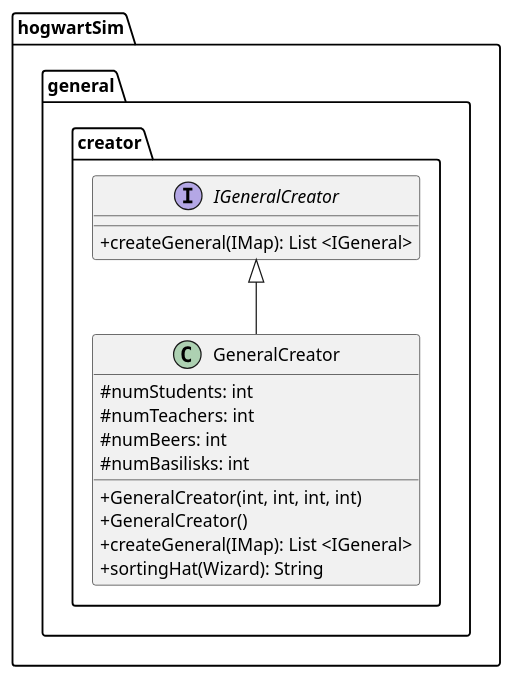
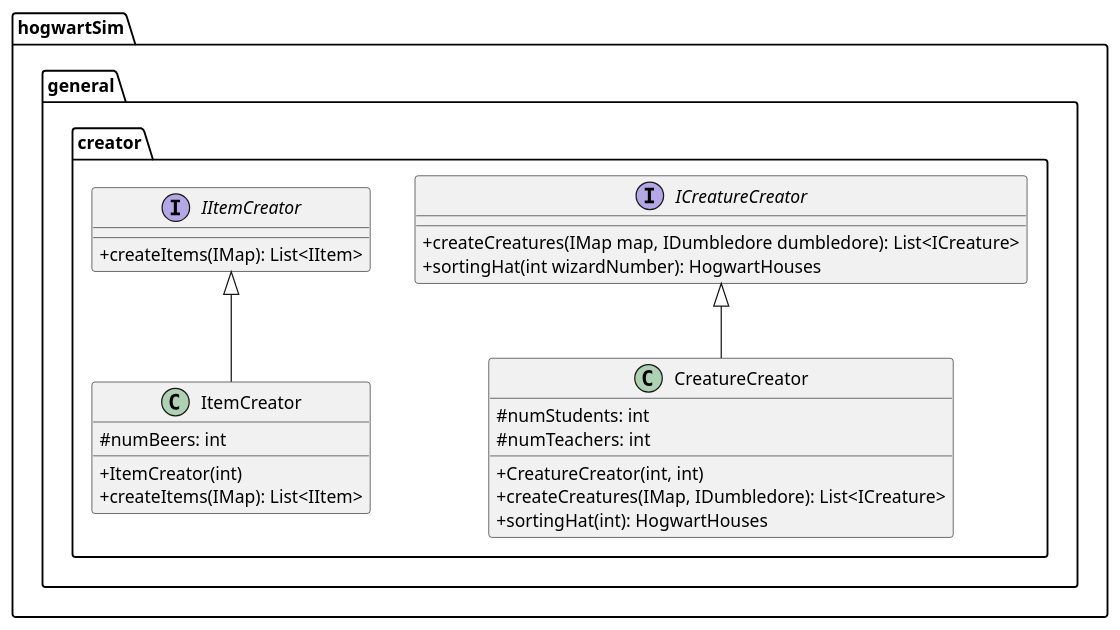
Before and after one commit to bauerkamil/hogwartSim: the diagram in diagrams/class-general/src/class-generalCreator.puml, drawn with PlantUML. The commit also changed 29 other files, not shown here.

Commit message:
Diagrams 2.0

```diff
--- a/diagrams/class-general/src/class-generalCreator.puml
+++ b/diagrams/class-general/src/class-generalCreator.puml
@@ -1,24 +1,32 @@
 @startuml
 'https://plantuml.com/class-diagram
 
 skinparam classAttributeIconSize 0
 
 package hogwartSim.general.creator{
-    interface IGeneralCreator{
-        +createGeneral(IMap): List <IGeneral>
+    interface ICreatureCreator{
+        + createCreatures(IMap map, IDumbledore dumbledore): List<ICreature>
+        + sortingHat(int wizardNumber): HogwartHouses
     }
-    class GeneralCreator{
+    class CreatureCreator{
         #numStudents: int
         #numTeachers: int
+
+        + CreatureCreator(int, int)
+        + createCreatures(IMap, IDumbledore): List<ICreature>
+        + sortingHat(int): HogwartHouses
+    }
+    interface IItemCreator{
+        + createItems(IMap): List<IItem>
+    }
+    class ItemCreator{
         #numBeers: int
-        #numBasilisks: int
 
-        +GeneralCreator(int, int, int, int)
-        +GeneralCreator()
-        +createGeneral(IMap): List <IGeneral>
-        +sortingHat(Wizard): String
+        + ItemCreator(int)
+        + createItems(IMap): List<IItem>
     }
-IGeneralCreator <|-- GeneralCreator
+ICreatureCreator <|-- CreatureCreator
+IItemCreator <|-- ItemCreator
 }
 
 @enduml
```
